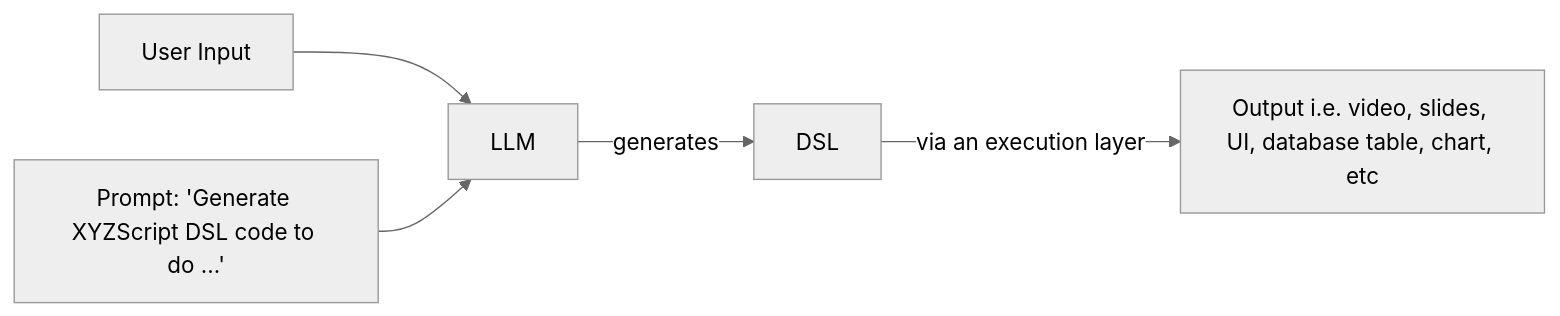
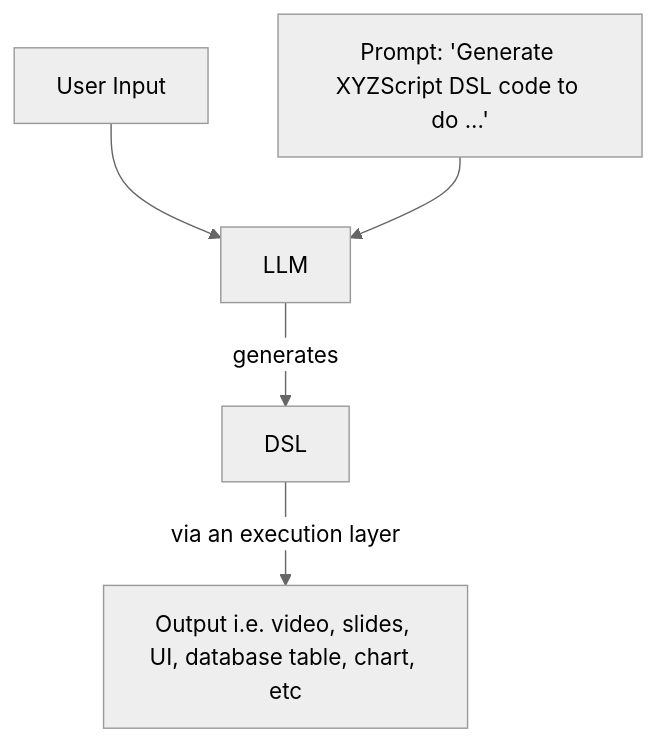
One commit to zainhoda/zainhoda.github.io changed the diagram in _posts/2023-05-21-dsls-for-llms.md. Above: the diagram before and after it, drawn with Mermaid (neutral theme). The commit also changed other lines of this file, not shown here.

````diff
--- a/_posts/2023-05-21-dsls-for-llms.md
+++ b/_posts/2023-05-21-dsls-for-llms.md
@@ -33,12 +33,12 @@
 ```mermaid
-flowchart LR
+flowchart TD
   input[User Input]
   dsl[DSL]
   llm[LLM]
   dsl_prompt[Prompt: 'Generate XYZScript DSL code to do ...']
   output[Output i.e. video, slides, UI, database table, chart, etc]
   input --> llm
   dsl_prompt --> llm
   llm -- generates --> dsl
   dsl -- via an execution layer --> output
 ```
````
